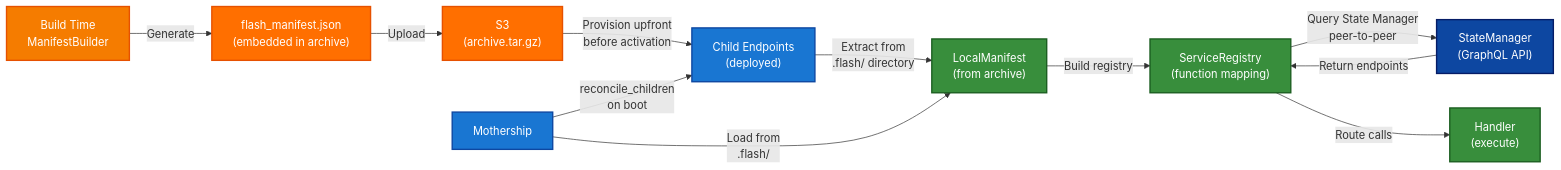
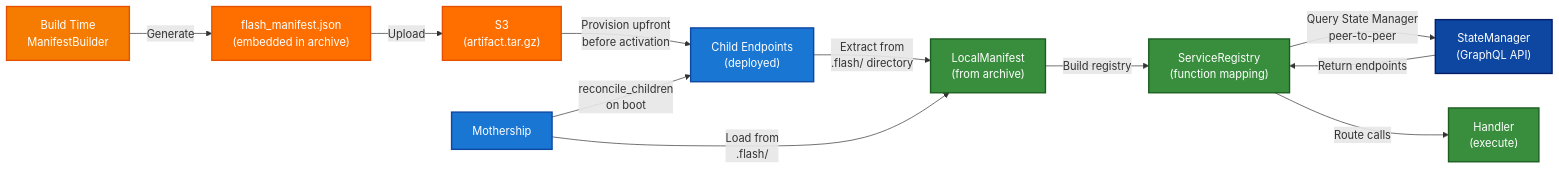
The eighth of 9 diagrams in docs/Flash_Deploy_Guide.md (runpod/tetra-rp), drawn with Mermaid before and after one commit. The commit also changed other lines of this file and 9 other files, not shown here.

First line of the commit message:
refactor: rename archive.tar.gz to artifact.tar.gz (#170)

````diff
--- a/docs/Flash_Deploy_Guide.md
+++ b/docs/Flash_Deploy_Guide.md
@@ -917,23 +917,23 @@
 ```mermaid
 graph LR
     A["Build Time<br/>ManifestBuilder"] -->|Generate| B["flash_manifest.json<br/>(embedded in archive)"]
-    B -->|Upload| C["S3<br/>(archive.tar.gz)"]
+    B -->|Upload| C["S3<br/>(artifact.tar.gz)"]
     C -->|Provision upfront<br/>before activation| D["Child Endpoints<br/>(deployed)"]
     D -->|Extract from<br/>.flash/ directory| E["LocalManifest<br/>(from archive)"]
     Mothership -->|Load from<br/>.flash/| E
     E -->|Build registry| F["ServiceRegistry<br/>(function mapping)"]
     F -->|Query State Manager<br/>peer-to-peer| G["StateManager<br/>(GraphQL API)"]
     G -->|Return endpoints| F
     F -->|Route calls| H["Handler<br/>(execute)"]
     Mothership -->|reconcile_children<br/>on boot| D
 
     style A fill:#f57c00,stroke:#e65100,stroke-width:2px,color:#fff
     style B fill:#ff6f00,stroke:#e65100,stroke-width:2px,color:#fff
     style C fill:#ff6f00,stroke:#e65100,stroke-width:2px,color:#fff
     style D fill:#1976d2,stroke:#0d47a1,stroke-width:2px,color:#fff
     style E fill:#388e3c,stroke:#1b5e20,stroke-width:2px,color:#fff
     style F fill:#388e3c,stroke:#1b5e20,stroke-width:2px,color:#fff
     style G fill:#0d47a1,stroke:#051c66,stroke-width:2px,color:#fff
     style H fill:#388e3c,stroke:#1b5e20,stroke-width:2px,color:#fff
     style Mothership fill:#1976d2,stroke:#0d47a1,stroke-width:2px,color:#fff
 ```
````
